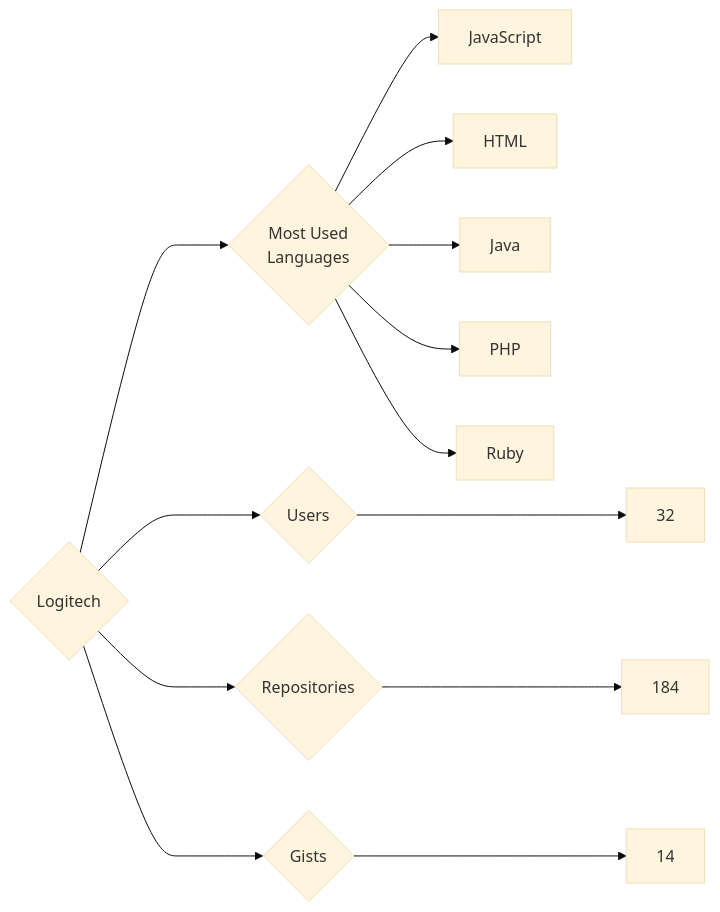
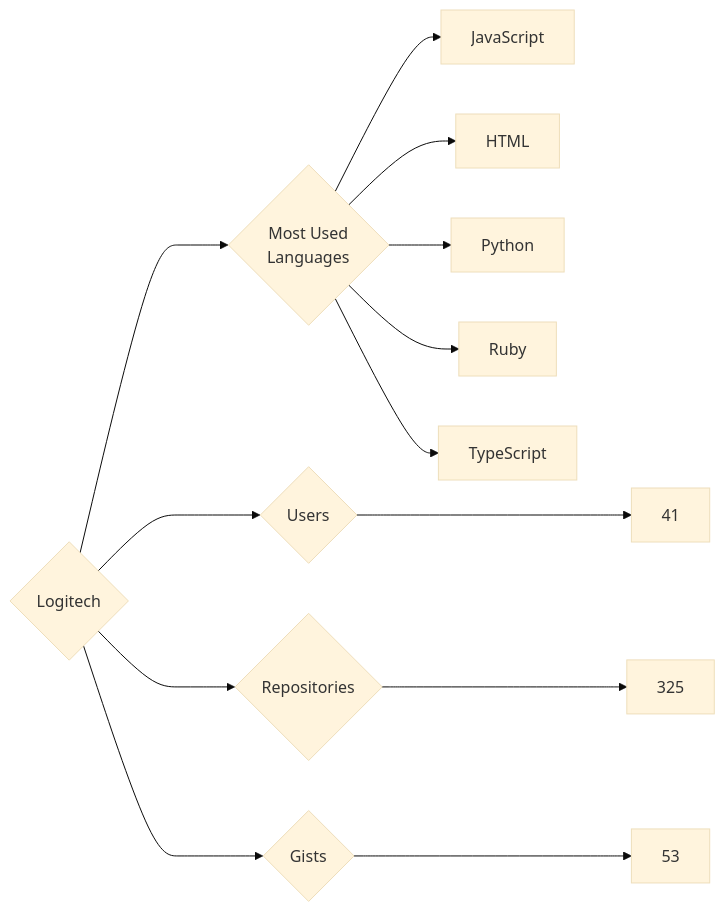
Before and after one commit to trickest/insiders: the diagram in targets/Logitech/README.md, drawn with Mermaid (base theme). The commit also changed 748 other files, not shown here.

````diff
--- a/targets/Logitech/README.md
+++ b/targets/Logitech/README.md
@@ -3,13 +3,13 @@
 ```mermaid
 graph LR
 COMPANY_NAME{Logitech}
-COMPANY_NAME ---> U{Users} ---> UN[32]
-COMPANY_NAME ---> R{Repositories} ---> RN[184]
-COMPANY_NAME ---> G{Gists} ---> GN[14]
+COMPANY_NAME ---> U{Users} ---> UN[41]
+COMPANY_NAME ---> R{Repositories} ---> RN[325]
+COMPANY_NAME ---> G{Gists} ---> GN[53]
 COMPANY_NAME ---> ML{Most Used<br>Languages}
 ML --> JavaScript[JavaScript]
 ML --> HTML[HTML]
-ML --> Java[Java]
-ML --> PHP[PHP]
+ML --> Python[Python]
 ML --> Ruby[Ruby]
+ML --> TypeScript[TypeScript]
 ```
````
